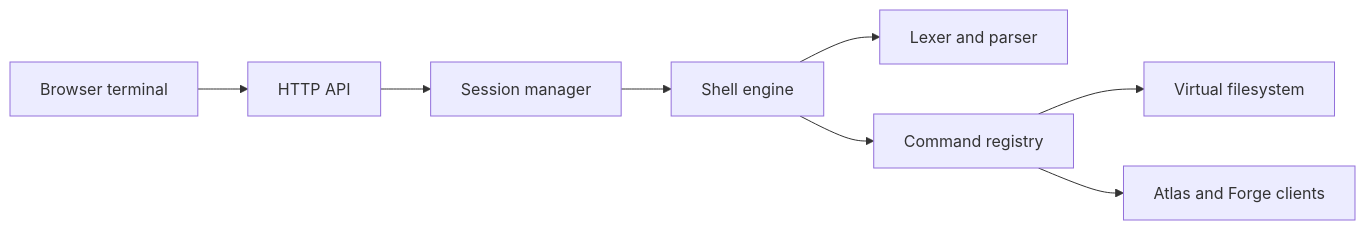
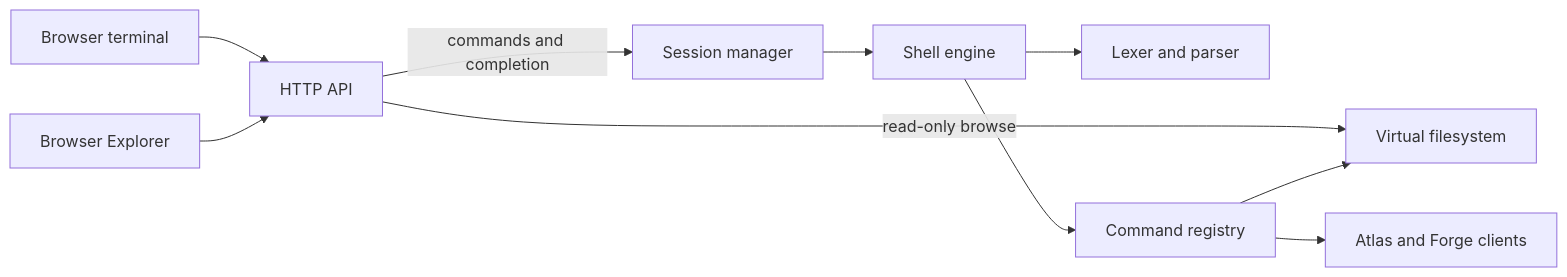
The first of 2 diagrams in content/docs/architecture/vaultsh.md (mateoRc/lab), drawn with Mermaid before and after one commit. The commit also changed other lines of this file and 6 other files, not shown here.

````diff
--- a/content/docs/architecture/vaultsh.md
+++ b/content/docs/architecture/vaultsh.md
@@ -9,17 +10,21 @@
 ```mermaid
 flowchart LR
-    browser["Browser terminal"]
+    terminal["Browser terminal"]
+    explorer["Browser Explorer"]
     api["HTTP API"]
     sessions["Session manager"]
     engine["Shell engine"]
     parser["Lexer and parser"]
     commands["Command registry"]
     filesystem["Virtual filesystem"]
     integrations["Atlas and Forge clients"]
 
-    browser --> api --> sessions --> engine
+    terminal --> api
+    explorer --> api
+    api -->|"commands and completion"| sessions --> engine
+    api -->|"read-only browse"| filesystem
     engine --> parser
     engine --> commands
     commands --> filesystem
     commands --> integrations
 ```
````
